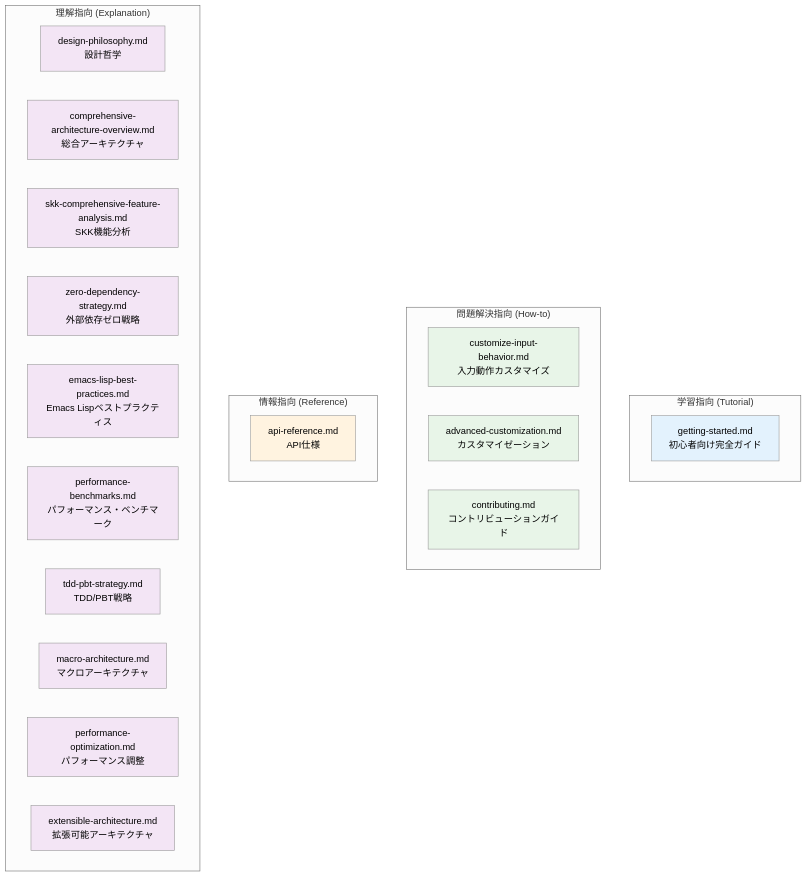
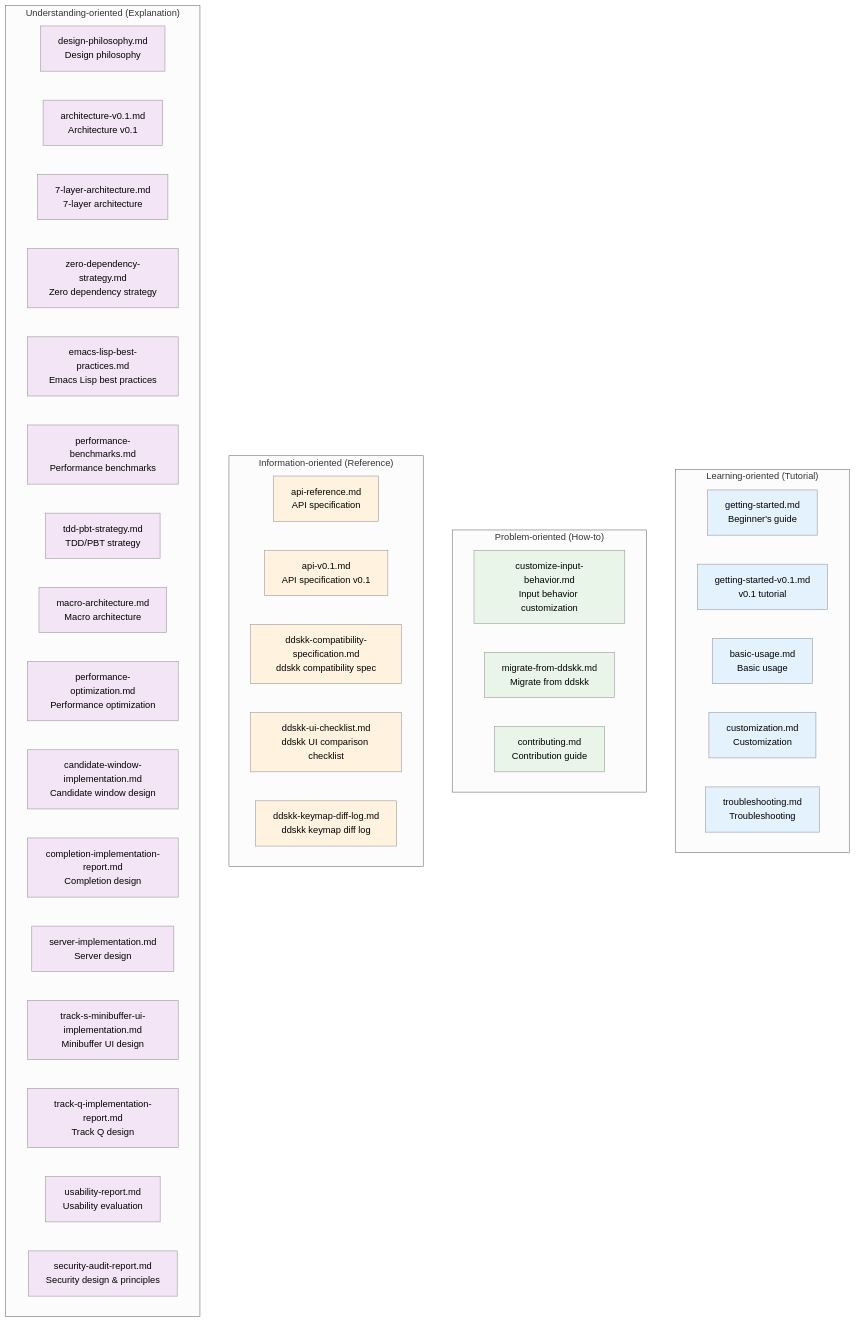
Before and after one commit to takeokunn/nskk.el: the first of 2 diagrams in docs/DOCUMENTATION_MAP.md, drawn with Mermaid (neutral theme). The commit also changed other lines of this file and 300 other files, not shown here.

````diff
--- a/docs/DOCUMENTATION_MAP.md
+++ b/docs/DOCUMENTATION_MAP.md
@@ -9,39 +19,53 @@
 ```mermaid
 graph TB
-    subgraph "学習指向 (Tutorial)"
-        T1[getting-started.md<br/>初心者向け完全ガイド]
+    subgraph "Learning-oriented (Tutorial)"
+        T1[getting-started.md<br/>Beginner's guide]
+        T2[getting-started-v0.1.md<br/>v0.1 tutorial]
+        T3[basic-usage.md<br/>Basic usage]
+        T4[customization.md<br/>Customization]
+        T5[troubleshooting.md<br/>Troubleshooting]
     end
 
-    subgraph "問題解決指向 (How-to)"
-        H1[customize-input-behavior.md<br/>入力動作カスタマイズ]
-        H2[advanced-customization.md<br/>カスタマイゼーション]
-        H3[contributing.md<br/>コントリビューションガイド]
+    subgraph "Problem-oriented (How-to)"
+        H1[customize-input-behavior.md<br/>Input behavior customization]
+        H2[migrate-from-ddskk.md<br/>Migrate from ddskk]
+        H3[contributing.md<br/>Contribution guide]
     end
 
-    subgraph "情報指向 (Reference)"
-        R1[api-reference.md<br/>API仕様]
+    subgraph "Information-oriented (Reference)"
+        R1[api-reference.md<br/>API specification]
+        R2[api-v0.1.md<br/>API specification v0.1]
+        R3[ddskk-compatibility-specification.md<br/>ddskk compatibility spec]
+        R4[ddskk-ui-checklist.md<br/>ddskk UI comparison checklist]
+        R5[ddskk-keymap-diff-log.md<br/>ddskk keymap diff log]
     end
 
-    subgraph "理解指向 (Explanation)"
-        E1[design-philosophy.md<br/>設計哲学]
-        E2[comprehensive-architecture-overview.md<br/>総合アーキテクチャ]
-        E3[skk-comprehensive-feature-analysis.md<br/>SKK機能分析]
-        E4[zero-dependency-strategy.md<br/>外部依存ゼロ戦略]
-        E5[emacs-lisp-best-practices.md<br/>Emacs Lispベストプラクティス]
-        E6[performance-benchmarks.md<br/>パフォーマンス・ベンチマーク]
-        E7[tdd-pbt-strategy.md<br/>TDD/PBT戦略]
-        E8[macro-architecture.md<br/>マクロアーキテクチャ]
-        E9[performance-optimization.md<br/>パフォーマンス調整]
-        E10[extensible-architecture.md<br/>拡張可能アーキテクチャ]
+    subgraph "Understanding-oriented (Explanation)"
+        E1[design-philosophy.md<br/>Design philosophy]
+        E2[architecture-v0.1.md<br/>Architecture v0.1]
+        E3[7-layer-architecture.md<br/>7-layer architecture]
+        E4[zero-dependency-strategy.md<br/>Zero dependency strategy]
+        E5[emacs-lisp-best-practices.md<br/>Emacs Lisp best practices]
+        E6[performance-benchmarks.md<br/>Performance benchmarks]
+        E7[tdd-pbt-strategy.md<br/>TDD/PBT strategy]
+        E8[macro-architecture.md<br/>Macro architecture]
+        E9[performance-optimization.md<br/>Performance optimization]
+        E10[candidate-window-implementation.md<br/>Candidate window design]
+        E11[completion-implementation-report.md<br/>Completion design]
+        E12[server-implementation.md<br/>Server design]
+        E13[track-s-minibuffer-ui-implementation.md<br/>Minibuffer UI design]
+        E14[track-q-implementation-report.md<br/>Track Q design]
+        E15[usability-report.md<br/>Usability evaluation]
+        E16[security-audit-report.md<br/>Security design & principles]
     end
 
     classDef tutorial fill:#e3f2fd
     classDef howto fill:#e8f5e8
     classDef reference fill:#fff3e0
     classDef explanation fill:#f3e5f5
 
-    class T1 tutorial
+    class T1,T2,T3,T4,T5 tutorial
     class H1,H2,H3 howto
-    class R1 reference
-    class E1,E2,E3,E4,E5,E6,E7,E8,E9,E10 explanation
+    class R1,R2,R3,R4,R5 reference
+    class E1,E2,E3,E4,E5,E6,E7,E8,E9,E10,E11,E12,E13,E14,E15,E16 explanation
 ```
````
